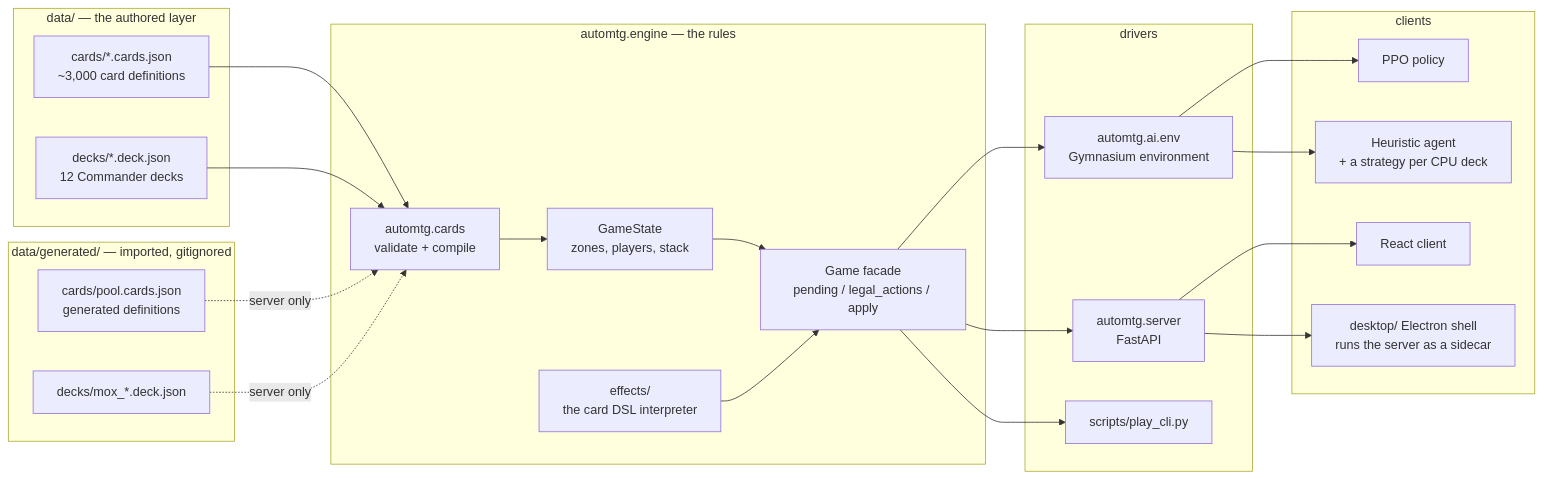
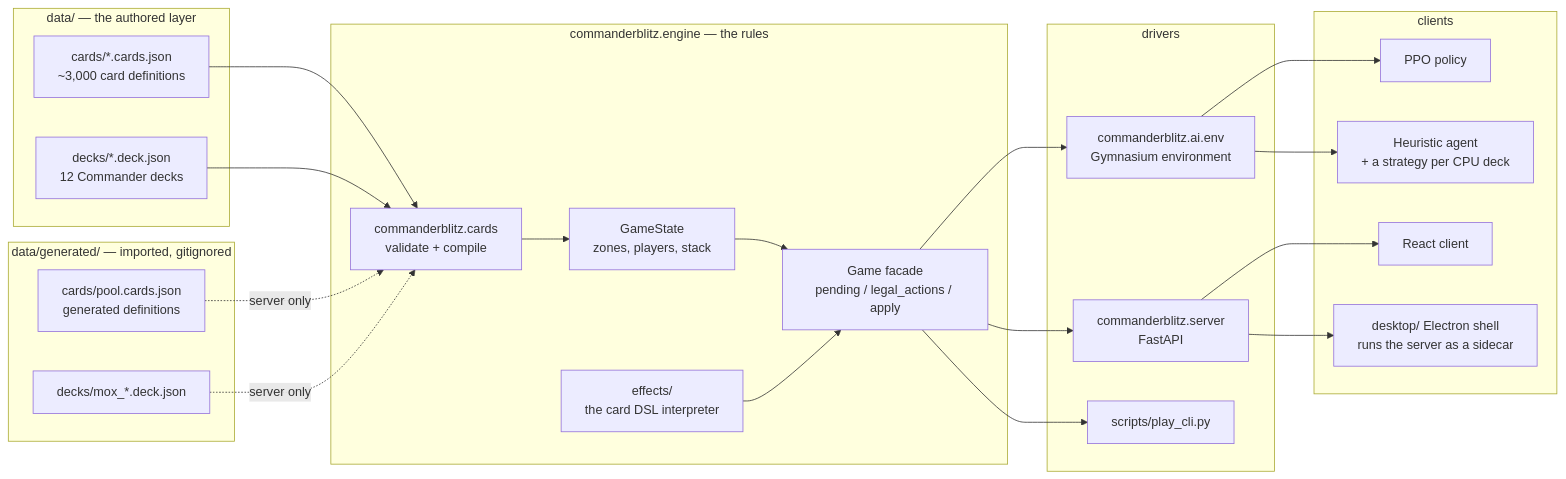
One commit to TylerGauntlett/commander-blitz changed the first of 3 diagrams in docs/architecture.md. Above: the diagram before and after it, drawn with Mermaid. The commit also changed 848 other files, not shown here.

First line of the commit message:
refactor: automtg is commanderblitz everywhere, and the first public version is 1.0.0

````diff
--- a/docs/architecture.md
+++ b/docs/architecture.md
@@ -8,47 +8,47 @@
 ```mermaid
 flowchart LR
     subgraph data["data/ — the authored layer"]
         cards["cards/*.cards.json<br/>~3,000 card definitions"]
         decks["decks/*.deck.json<br/>12 Commander decks"]
     end
 
     subgraph generated["data/generated/ — imported, gitignored"]
         pool["cards/pool.cards.json<br/>generated definitions"]
         mox["decks/mox_*.deck.json"]
     end
 
-    subgraph core["automtg.engine — the rules"]
-        loader["automtg.cards<br/>validate + compile"]
+    subgraph core["commanderblitz.engine — the rules"]
+        loader["commanderblitz.cards<br/>validate + compile"]
         state["GameState<br/>zones, players, stack"]
         game["Game facade<br/>pending / legal_actions / apply"]
         effects["effects/<br/>the card DSL interpreter"]
     end
 
     subgraph drivers["drivers"]
-        env["automtg.ai.env<br/>Gymnasium environment"]
-        server["automtg.server<br/>FastAPI"]
+        env["commanderblitz.ai.env<br/>Gymnasium environment"]
+        server["commanderblitz.server<br/>FastAPI"]
         cli["scripts/play_cli.py"]
     end
 
     subgraph clients["clients"]
         policy["PPO policy"]
         heuristic["Heuristic agent<br/>+ a strategy per CPU deck"]
         react["React client"]
         desktop["desktop/ Electron shell<br/>runs the server as a sidecar"]
     end
 
     cards --> loader
     decks --> loader
     pool -.->|"server only"| loader
     mox -.->|"server only"| loader
     loader --> state
     state --> game
     effects --> game
     game --> env
     game --> server
     game --> cli
     env --> policy
     env --> heuristic
     server --> react
     server --> desktop
 ```
````
